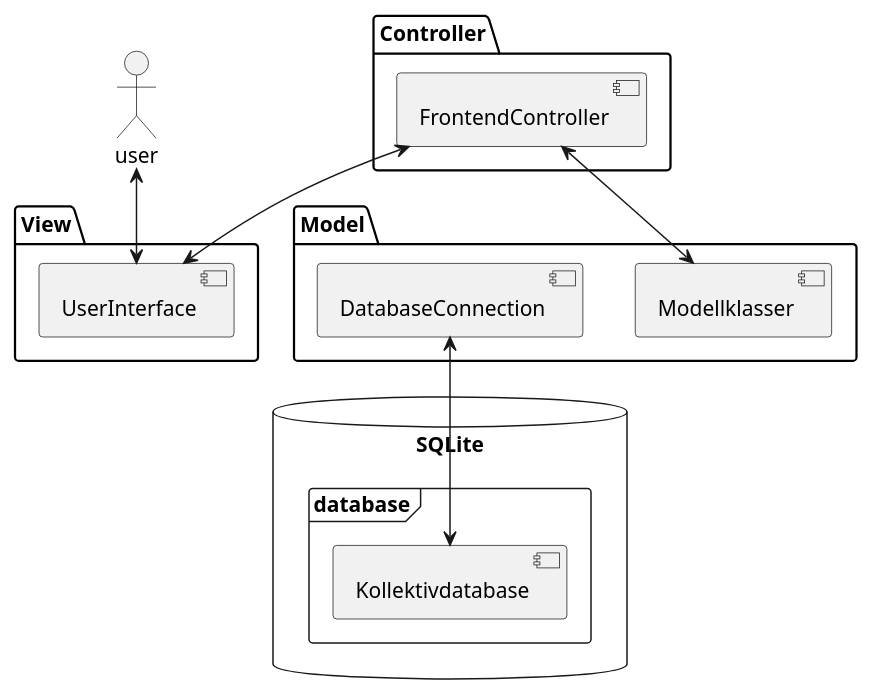
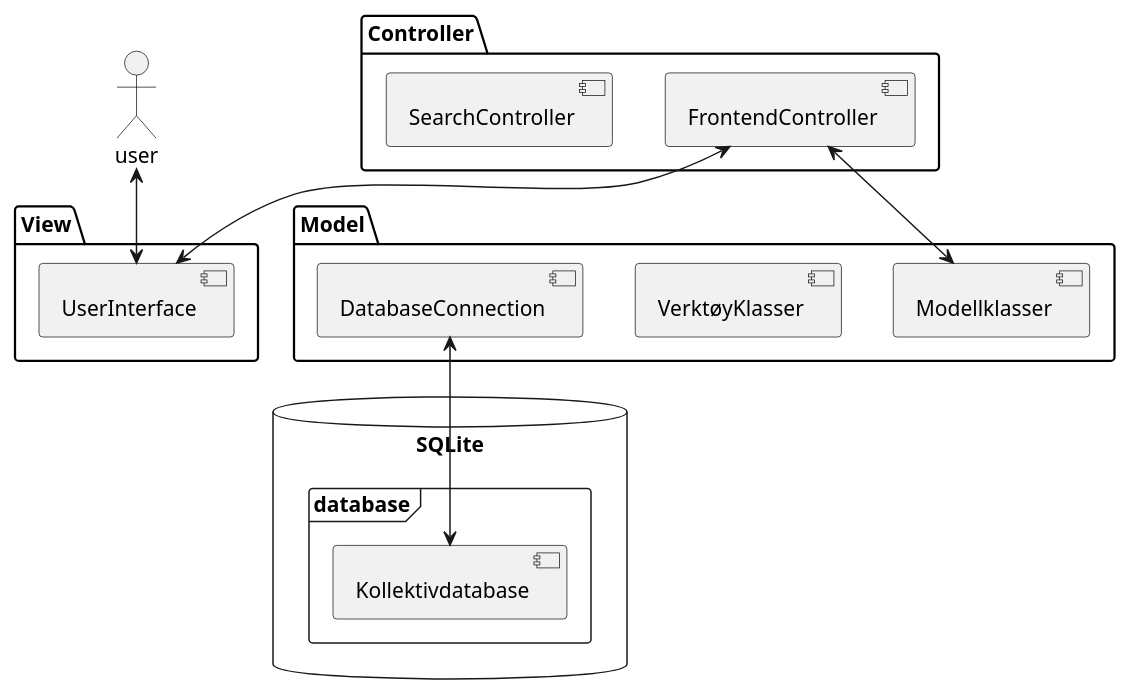
Before and after one commit to Wilbnil/SoftwareEngineering17---Kollektivtrafikk: the diagram in MainProject/diagram/SystemComponentDiagram.puml, drawn with PlantUML.

Commit message:
modified:   MainProject/diagram/SystemComponentDiagram.puml

```diff
--- a/MainProject/diagram/SystemComponentDiagram.puml
+++ b/MainProject/diagram/SystemComponentDiagram.puml
@@ -1,33 +1,35 @@
 @startuml
 'https://plantuml.com/component-diagram
 
 actor user
 package "Model" {
 
   [Modellklasser]
+  [VerktøyKlasser]
   [DatabaseConnection]
 }
 
 database "SQLite" {
   frame "database" {
     [Kollektivdatabase]
   }
 }
 
 
 
 package "Controller" {
   [FrontendController]
+  [SearchController]
 
 }
 
 package "View" {
     [UserInterface]
 }
 [DatabaseConnection] <--> [Kollektivdatabase]
 [FrontendController] <--> [UserInterface]
 [FrontendController] <--> [Modellklasser]
 user <--> [UserInterface]
 
 
 @enduml
```
